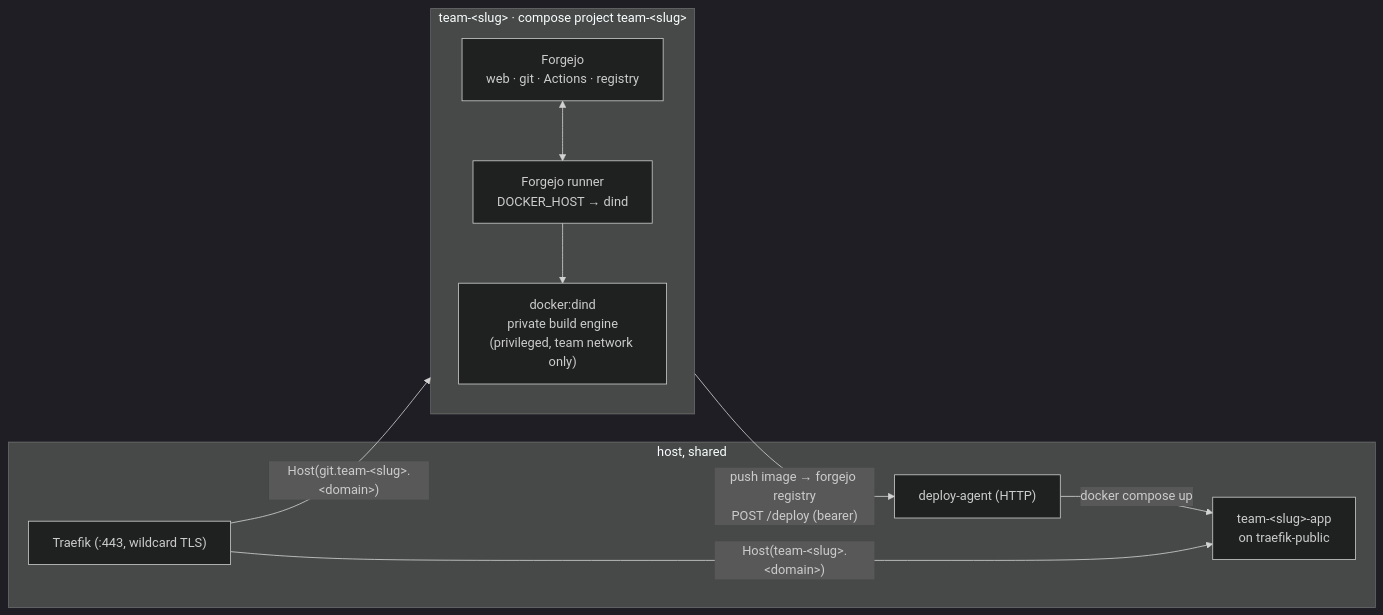
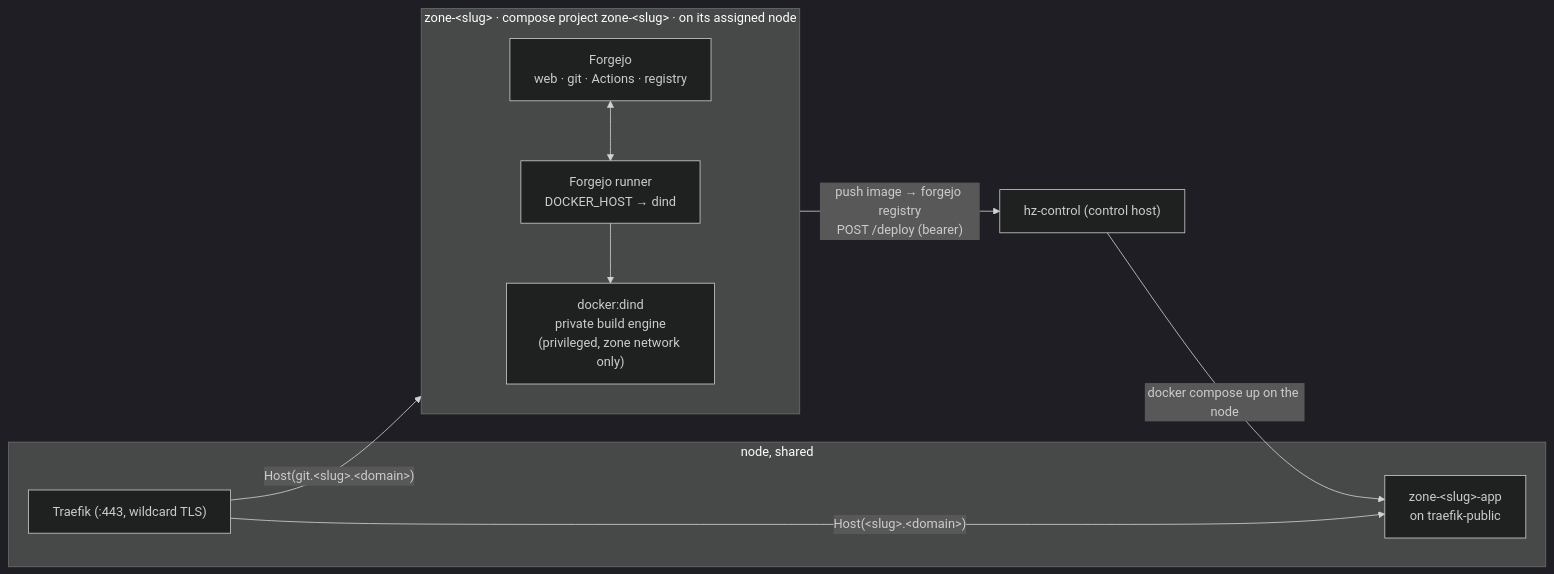
The second of 4 diagrams in docs/architecture.md (johnjoeallen/ignition), drawn with Mermaid (dark theme) before and after one commit. The commit also changed other lines of this file and 28 other files, not shown here.

First line of the commit message:
Add nodes, zones, roles: platform admin + zone admin, multi-node

````diff
--- a/docs/architecture.md
+++ b/docs/architecture.md
@@ -10,22 +45,22 @@
 ```mermaid
 flowchart LR
-    subgraph team["team-&lt;slug&gt;  ·  compose project team-&lt;slug&gt;"]
+    subgraph zone["zone-&lt;slug&gt;  ·  compose project zone-&lt;slug&gt;  ·  on its assigned node"]
         direction TB
         forgejo["Forgejo<br/>web · git · Actions · registry"]
-        dind["docker:dind<br/>private build engine<br/>(privileged, team network only)"]
+        dind["docker:dind<br/>private build engine<br/>(privileged, zone network only)"]
         runner["Forgejo runner<br/>DOCKER_HOST → dind"]
         forgejo <--> runner
         runner --> dind
     end
 
-    subgraph host["host, shared"]
+    subgraph shared["node, shared"]
         traefik["Traefik  (:443, wildcard TLS)"]
-        agent["deploy-agent (HTTP)"]
-        liveapp["team-&lt;slug&gt;-app<br/>on traefik-public"]
+        liveapp["zone-&lt;slug&gt;-app<br/>on traefik-public"]
     end
 
-    traefik -->|"Host(git.team-&lt;slug&gt;.&lt;domain&gt;)"| forgejo
-    runner -->|"push image → forgejo registry<br/>POST /deploy (bearer)"| agent
-    agent -->|docker compose up| liveapp
-    traefik -->|"Host(team-&lt;slug&gt;.&lt;domain&gt;)"| liveapp
+    cp["hz-control (control host)"]
+    traefik -->|"Host(git.&lt;slug&gt;.&lt;domain&gt;)"| forgejo
+    runner -->|"push image → forgejo registry<br/>POST /deploy (bearer)"| cp
+    cp -->|"docker compose up on the node"| liveapp
+    traefik -->|"Host(&lt;slug&gt;.&lt;domain&gt;)"| liveapp
 ```
````
